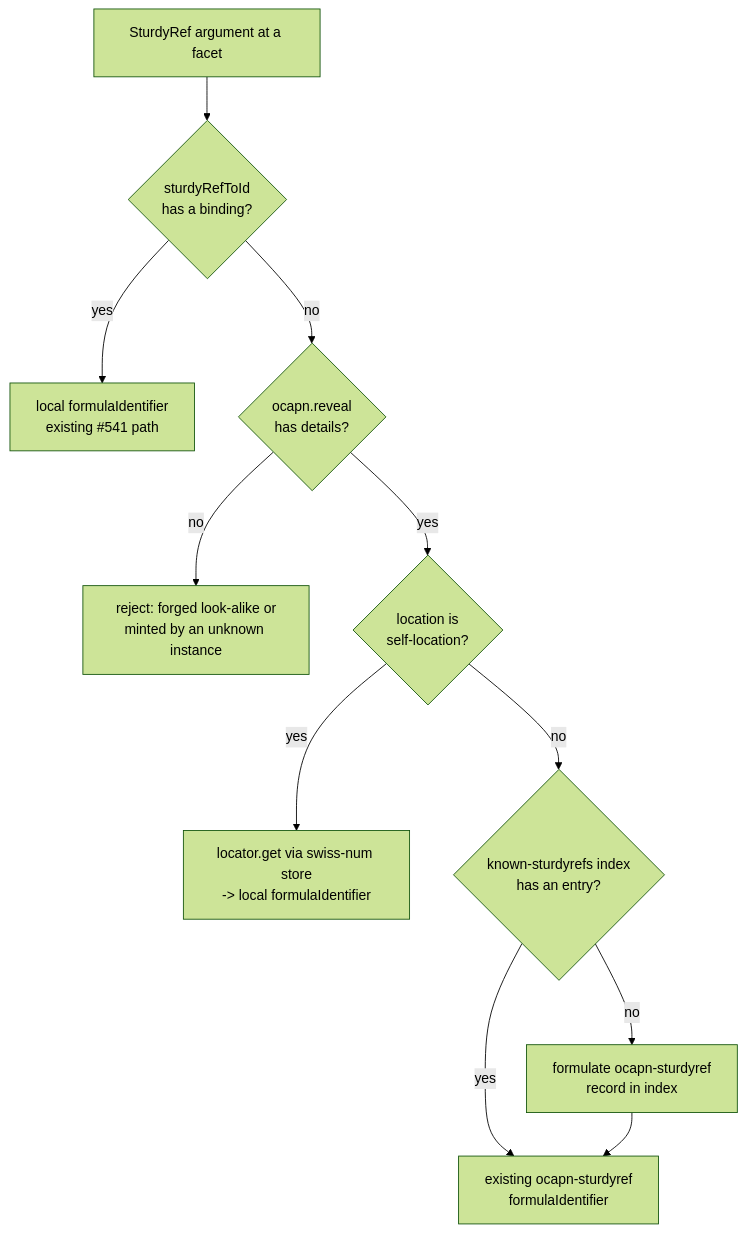
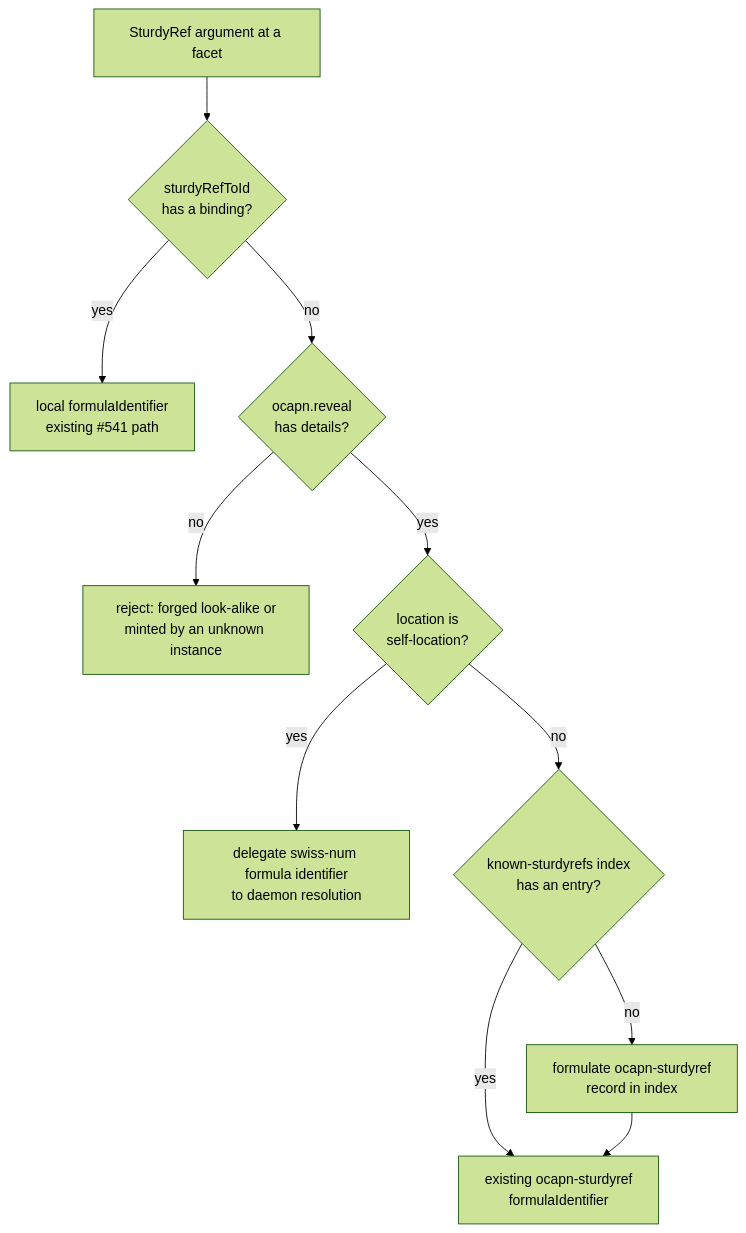
Before and after one commit to endojs/endo-but-for-bots: the first of 2 diagrams in designs/sturdy-refs-cross-peer-bridge.md, drawn with Mermaid (forest theme). The commit also changed other lines of this file and 1 other file, not shown here.

Commit message:
design(sturdyrefs): align bridge with formula identifiers

````diff
--- a/designs/sturdy-refs-cross-peer-bridge.md
+++ b/designs/sturdy-refs-cross-peer-bridge.md
@@ -228,13 +219,13 @@
 ```mermaid
 flowchart TD
   A[SturdyRef argument at a facet] --> B{sturdyRefToId\nhas a binding?}
   B -- yes --> C[local formulaIdentifier\nexisting #541 path]
   B -- no --> D{ocapn.reveal\nhas details?}
   D -- no --> E[reject: forged look-alike or\nminted by an unknown instance]
   D -- yes --> F{location is\nself-location?}
-  F -- yes --> G[locator.get via swiss-num store\n-> local formulaIdentifier]
+  F -- yes --> G[delegate swiss-num formula identifier\nto daemon resolution]
   F -- no --> H{known-sturdyrefs index\nhas an entry?}
   H -- yes --> I[existing ocapn-sturdyref\nformulaIdentifier]
   H -- no --> J[formulate ocapn-sturdyref\nrecord in index]
   J --> I
 ```
````
